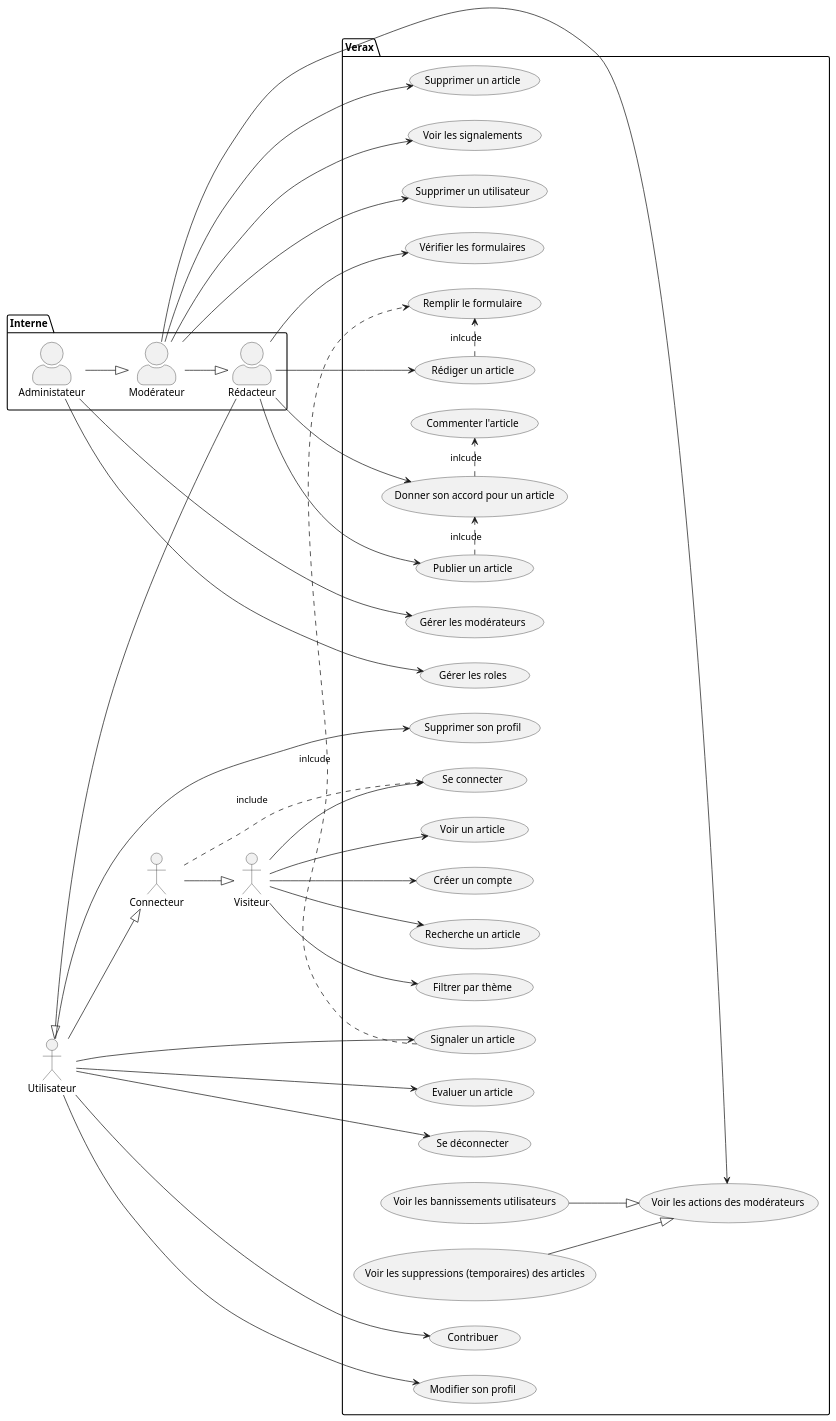
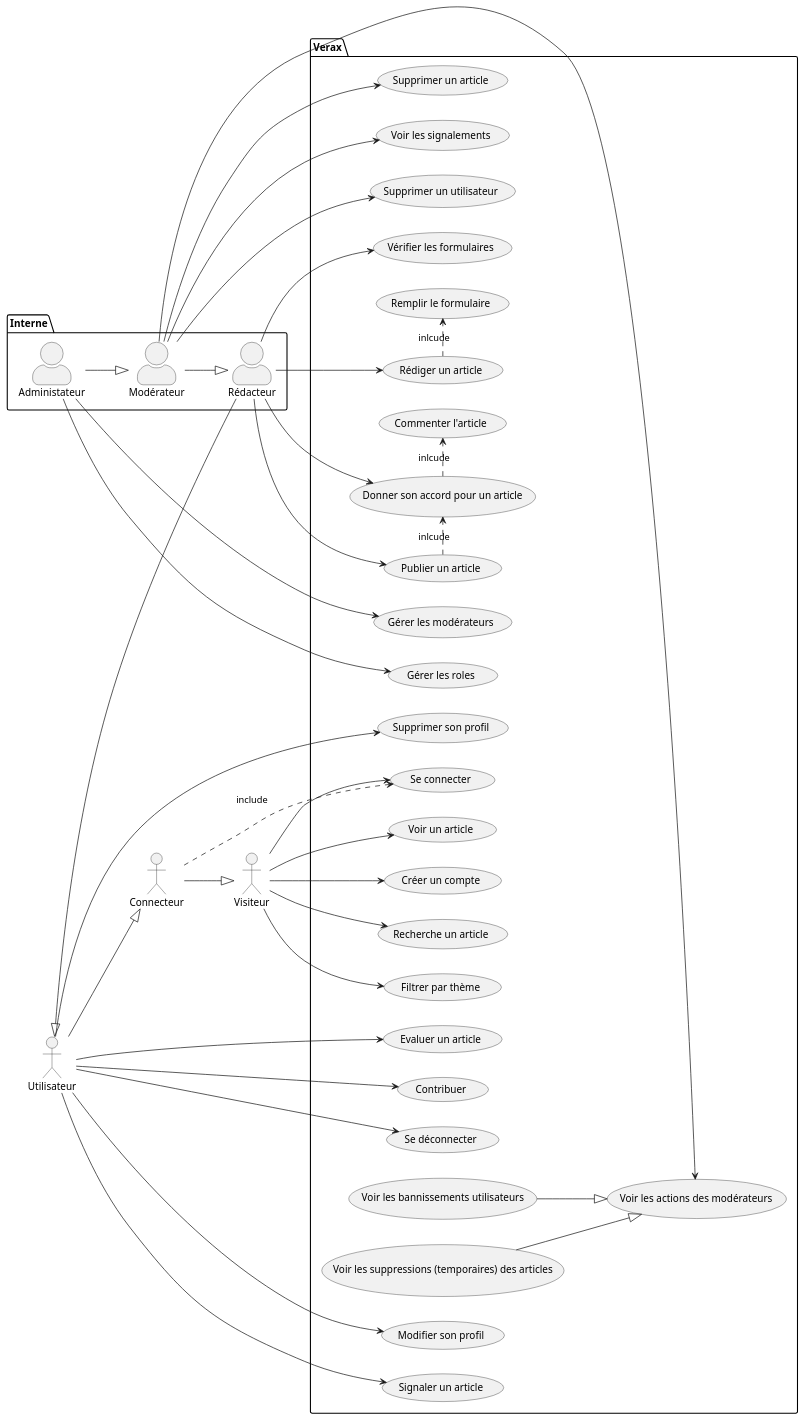
One commit to tonyfgs/Verax changed the diagram in Diagramme/casUtilisation.md. Above: the diagram before and after it, drawn with PlantUML.

Commit message:
travail sur le diagramme..

```diff
--- a/Diagramme/casUtilisation.md
+++ b/Diagramme/casUtilisation.md
@@ -68,7 +68,6 @@
 u --> UC24
 u --> UC25
 
-UC9 .> UC10 : inlcude
 UC11 .> UC10 : inlcude
 UC13 .> UC15 : inlcude
 UC14 .> UC13 : inlcude
```
